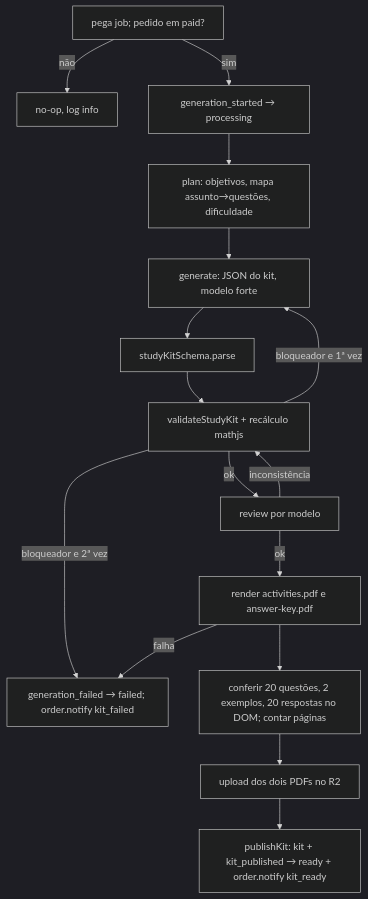
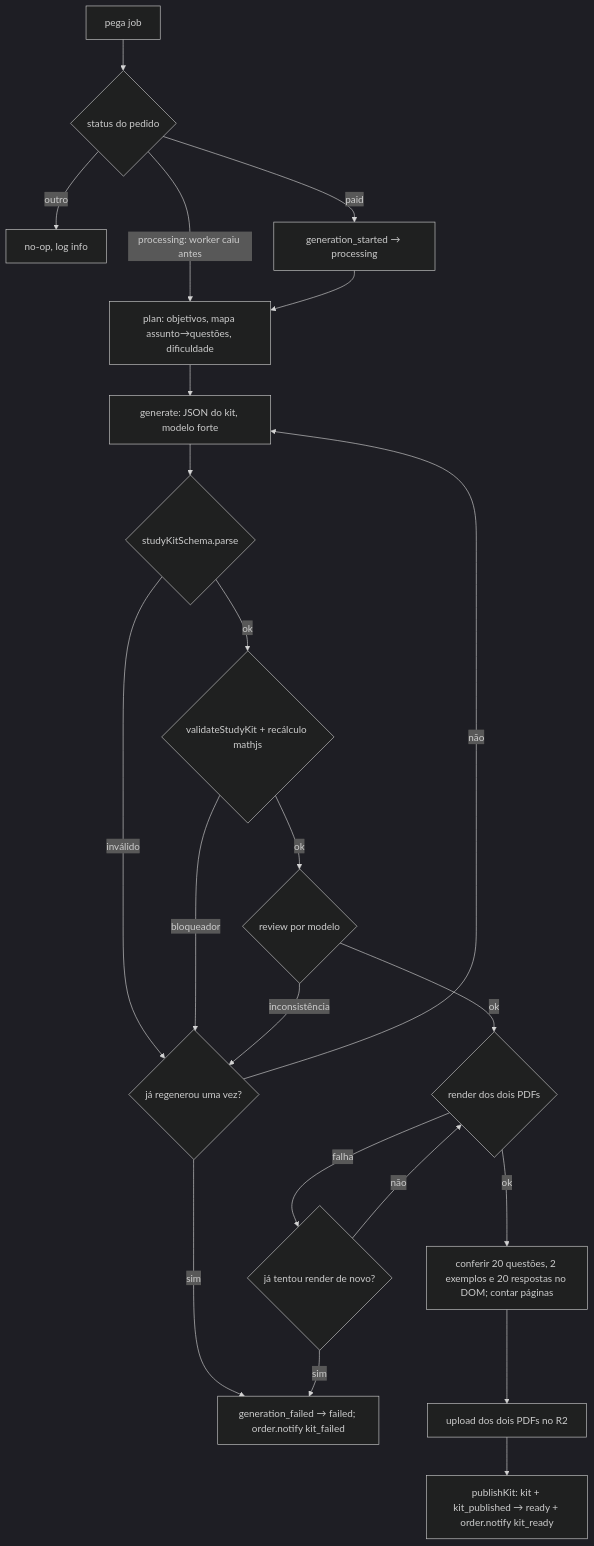
The diagram in docs/engineering/jobs.md (alissondevsouza/gizito-system), drawn with Mermaid (dark theme) before and after one commit. The commit also changed other lines of this file and 8 other files, not shown here.

````diff
--- a/docs/engineering/jobs.md
+++ b/docs/engineering/jobs.md
@@ -20,18 +20,24 @@
 ```mermaid
 flowchart TD
-  A[pega job; pedido em paid?] -->|não| Z[no-op, log info]
-  A -->|sim| B[generation_started → processing]
+  A[pega job] --> S{status do pedido}
+  S -->|outro| Z[no-op, log info]
+  S -->|paid| B[generation_started → processing]
+  S -->|processing: worker caiu antes| C
   B --> C[plan: objetivos, mapa assunto→questões, dificuldade]
   C --> D[generate: JSON do kit, modelo forte]
-  D --> E[studyKitSchema.parse]
-  E --> F[validateStudyKit + recálculo mathjs]
-  F -->|bloqueador e 1ª vez| D
-  F -->|bloqueador e 2ª vez| X[generation_failed → failed; order.notify kit_failed]
-  F -->|ok| G[review por modelo]
-  G -->|inconsistência| F
-  G -->|ok| H[render activities.pdf e answer-key.pdf]
-  H -->|falha| X
-  H --> I[conferir 20 questões, 2 exemplos, 20 respostas no DOM; contar páginas]
+  D --> E{studyKitSchema.parse}
+  E -->|inválido| R{já regenerou uma vez?}
+  E -->|ok| F{validateStudyKit + recálculo mathjs}
+  F -->|bloqueador| R
+  F -->|ok| G{review por modelo}
+  G -->|inconsistência| R
+  R -->|não| D
+  R -->|sim| X[generation_failed → failed; order.notify kit_failed]
+  G -->|ok| H{render dos dois PDFs}
+  H -->|falha| H2{já tentou render de novo?}
+  H2 -->|não| H
+  H2 -->|sim| X
+  H -->|ok| I[conferir 20 questões, 2 exemplos e 20 respostas no DOM; contar páginas]
   I --> J[upload dos dois PDFs no R2]
   J --> K[publishKit: kit + kit_published → ready + order.notify kit_ready]
 ```
````
